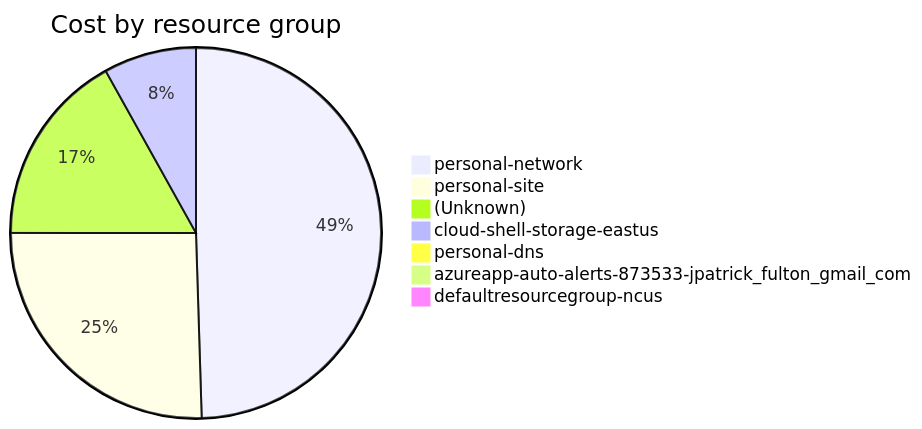
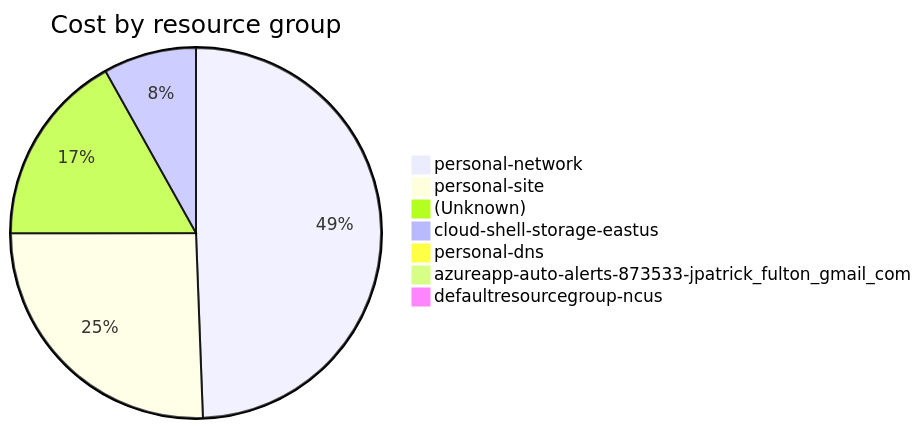
One commit to jpfulton/azure-personal-reports changed the fourth of 4 diagrams in cost-reports/accumulated-cost.md. Above: the diagram before and after it, drawn with Mermaid. The commit also changed other lines of this file and 2 other files, not shown here.

````diff
--- a/cost-reports/accumulated-cost.md
+++ b/cost-reports/accumulated-cost.md
@@ -159,11 +159,11 @@
 ```mermaid
 pie
    title Cost by resource group
-   "personal-network" : 31.70
-   "personal-site" : 16.33
-   "(Unknown)" : 10.82
-   "cloud-shell-storage-eastus" : 5.18
-   "personal-dns" : 0.34
+   "personal-network" : 33.13
+   "personal-site" : 17.15
+   "(Unknown)" : 11.34
+   "cloud-shell-storage-eastus" : 5.44
+   "personal-dns" : 0.36
    "azureapp-auto-alerts-873533-jpatrick_fulton_gmail_com" : 0.00
    "defaultresourcegroup-ncus" : 0.00
 ```
````
